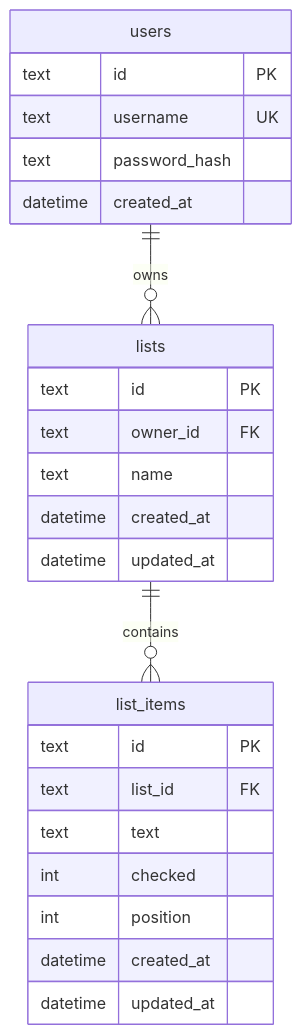
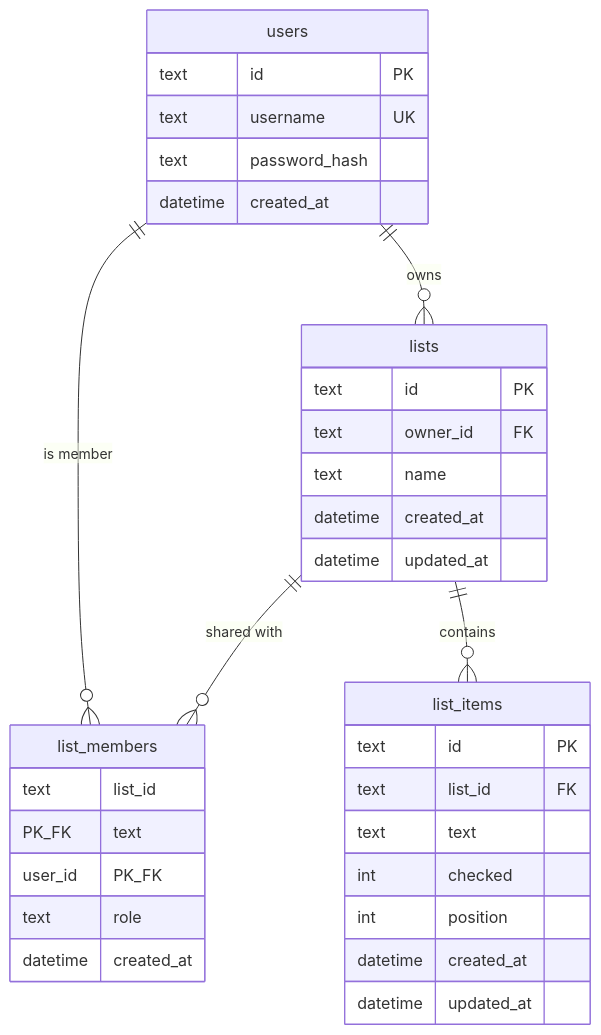
One commit to Xeiverse/Genesis-Lists changed the diagram in docs/03-data-model.md. Above: the diagram before and after it, drawn with Mermaid. The commit also changed other lines of this file and 20 other files, not shown here.

First line of the commit message:
Add shared collaborative lists with Immich-style member picker.

````diff
--- a/docs/03-data-model.md
+++ b/docs/03-data-model.md
@@ -5,27 +5,35 @@
 ```mermaid
 erDiagram
   users ||--o{ lists : owns
+  users ||--o{ list_members : "is member"
+  lists ||--o{ list_members : "shared with"
   lists ||--o{ list_items : contains
   users {
     text id PK
     text username UK
     text password_hash
     datetime created_at
   }
   lists {
     text id PK
     text owner_id FK
     text name
     datetime created_at
     datetime updated_at
   }
+  list_members {
+    text list_id PK_FK
+    text user_id PK_FK
+    text role
+    datetime created_at
+  }
   list_items {
     text id PK
     text list_id FK
     text text
     int checked
     int position
     datetime created_at
     datetime updated_at
   }
 ```
````
